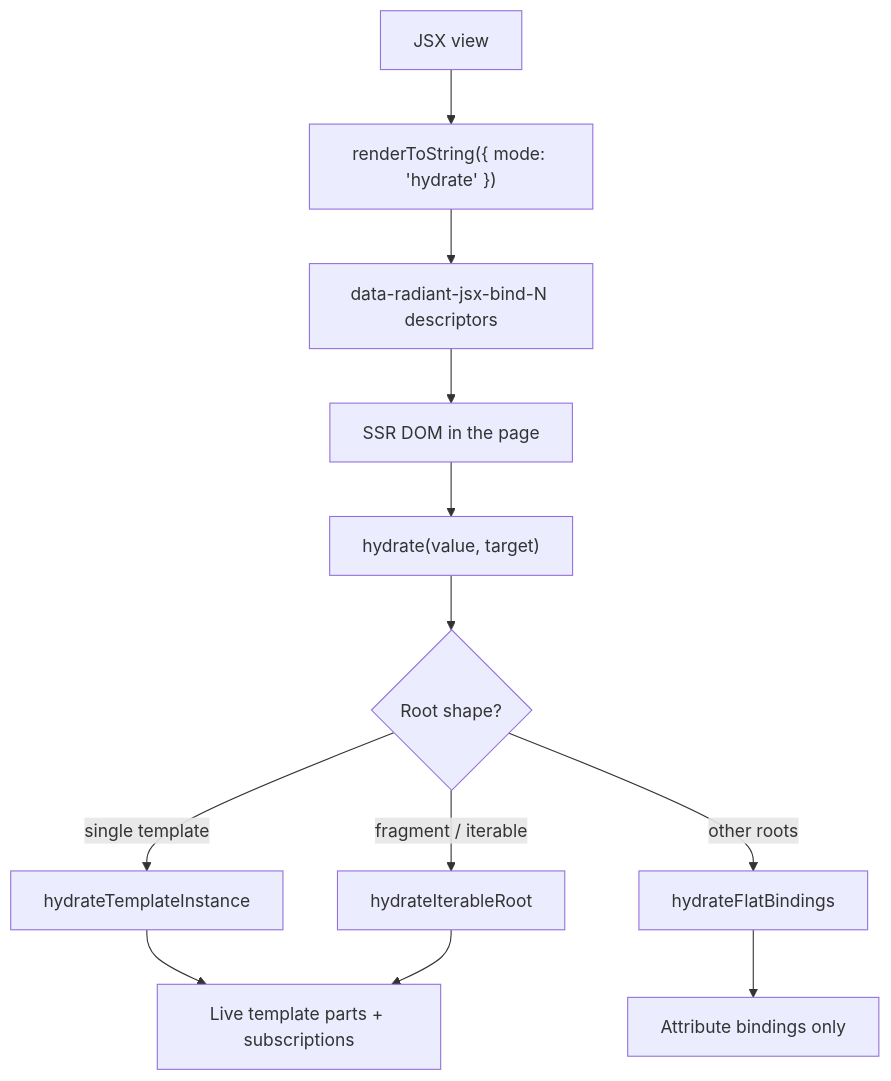
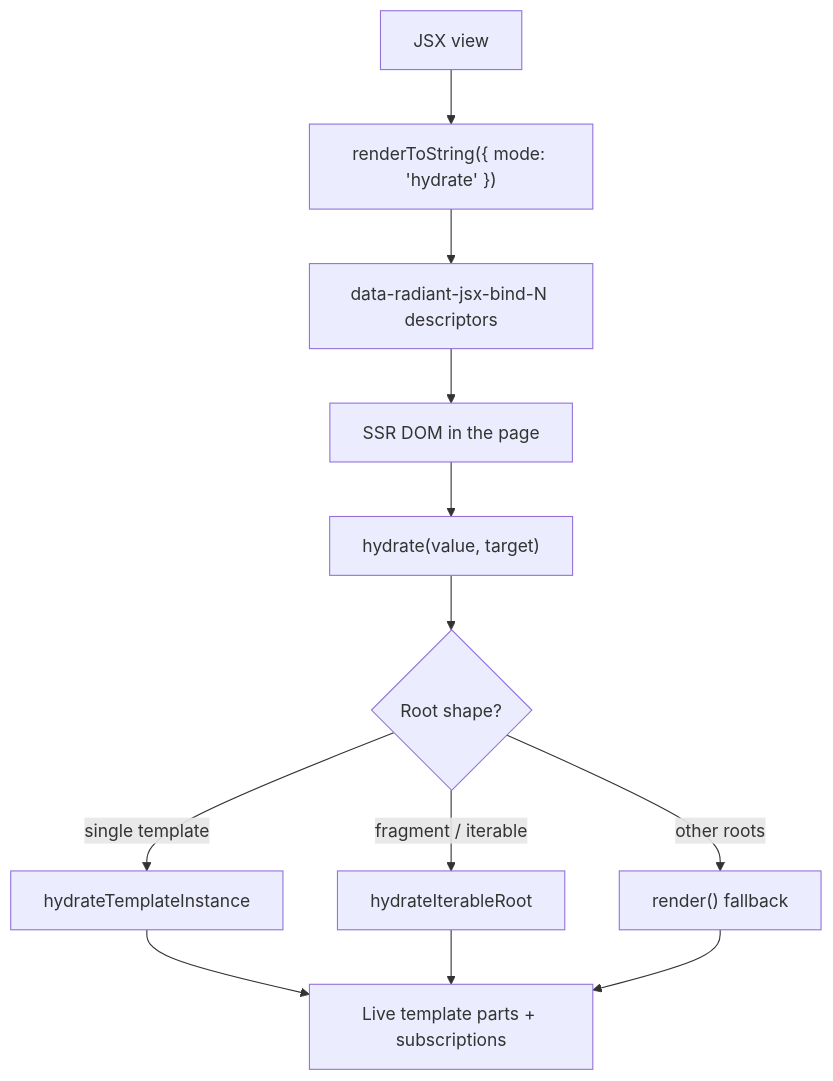
One commit to ecopages/radiant changed the fourth of 4 diagrams in packages/jsx/README.md. Above: the diagram before and after it, drawn with Mermaid. The commit also changed other lines of this file and 6 other files, not shown here.

First line of the commit message:
fix(jsx): drop the marker-only hydrate fallback

````diff
--- a/packages/jsx/README.md
+++ b/packages/jsx/README.md
@@ -460,14 +461,14 @@
 ```mermaid
 flowchart TD
   JSX["JSX view"] --> Serialize["renderToString({ mode: 'hydrate' })"]
   Serialize --> Markers["data-radiant-jsx-bind-N descriptors"]
   Markers --> DOM["SSR DOM in the page"]
   DOM --> Dispatch["hydrate(value, target)"]
   Dispatch --> Path{"Root shape?"}
   Path -->|single template| Template["hydrateTemplateInstance"]
   Path -->|fragment / iterable| Iterable["hydrateIterableRoot"]
-  Path -->|other roots| Flat["hydrateFlatBindings"]
+  Path -->|other roots| Render["render() fallback"]
   Template --> Live["Live template parts + subscriptions"]
   Iterable --> Live
-  Flat --> Attrs["Attribute bindings only"]
+  Render --> Live
 ```
````
